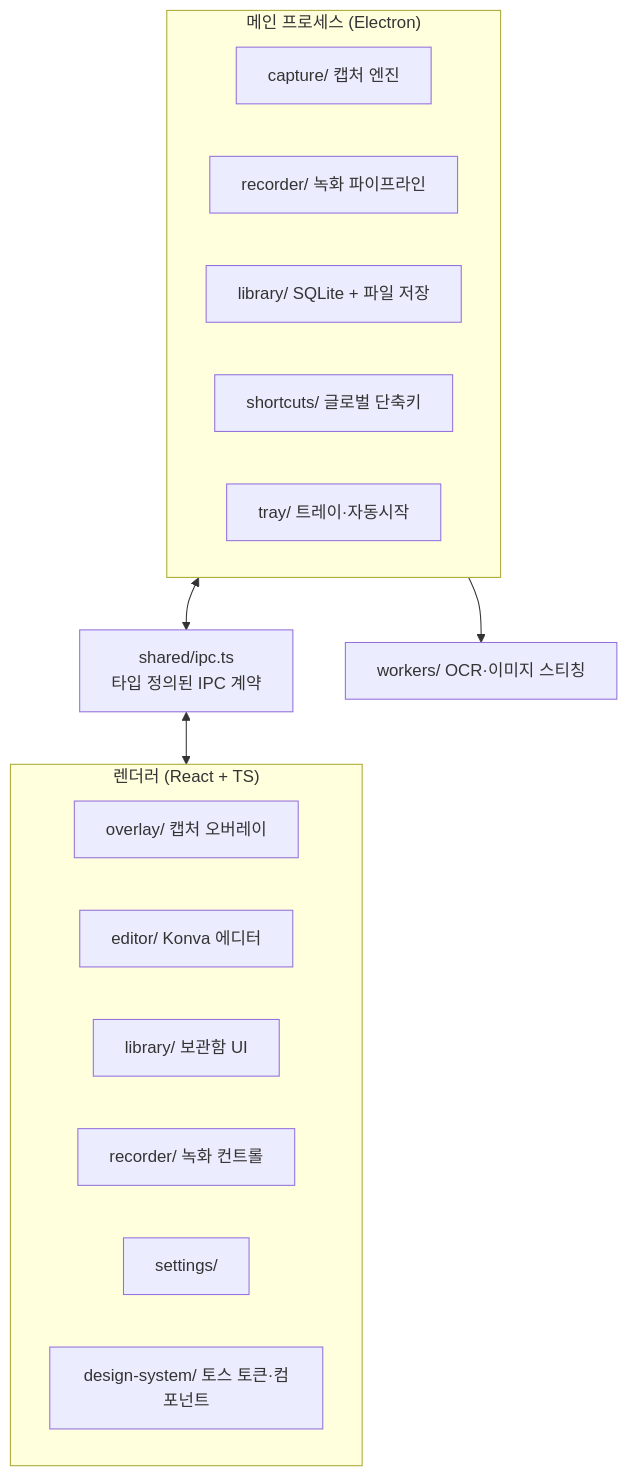
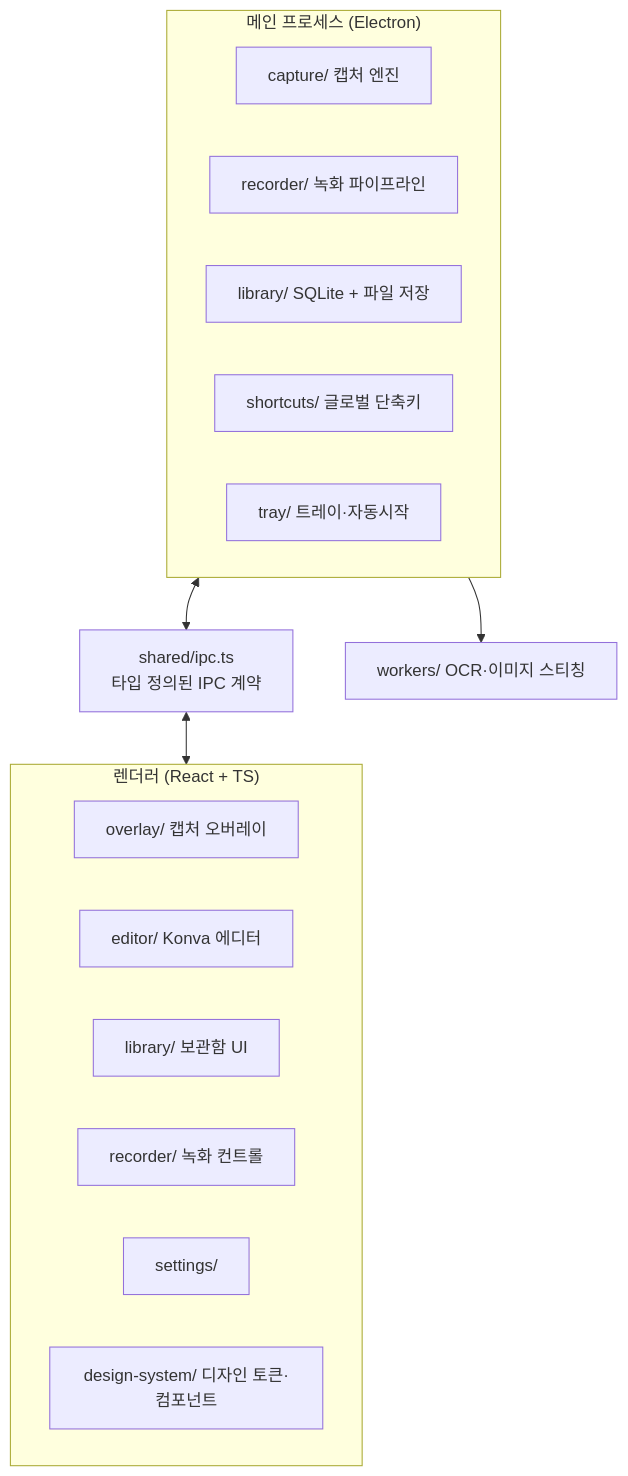
The diagram in README.md (Strangekim/Snaply), drawn with Mermaid before and after one commit. The commit also changed other lines of this file and 5 other files, not shown here.

````diff
--- a/README.md
+++ b/README.md
@@ -18,23 +18,23 @@
 ```mermaid
 graph TB
   subgraph Main["메인 프로세스 (Electron)"]
     CAP[capture/ 캡처 엔진]
     REC[recorder/ 녹화 파이프라인]
     LIB[library/ SQLite + 파일 저장]
     SC[shortcuts/ 글로벌 단축키]
     TRAY[tray/ 트레이·자동시작]
   end
   subgraph Renderer["렌더러 (React + TS)"]
     OV[overlay/ 캡처 오버레이]
     ED[editor/ Konva 에디터]
     LU[library/ 보관함 UI]
     RU[recorder/ 녹화 컨트롤]
     ST[settings/]
-    DS[design-system/ 토스 토큰·컴포넌트]
+    DS[design-system/ 디자인 토큰·컴포넌트]
   end
   IPC[shared/ipc.ts<br/>타입 정의된 IPC 계약]
   WK[workers/ OCR·이미지 스티칭]
   Main <--> IPC
   IPC <--> Renderer
   Main --> WK
 ```
````
